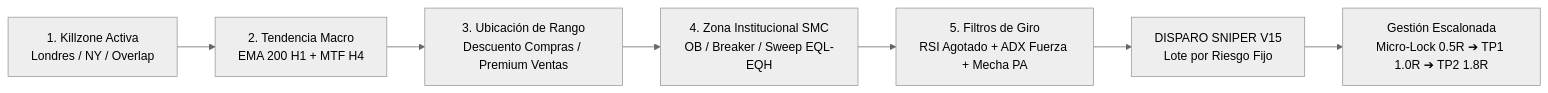
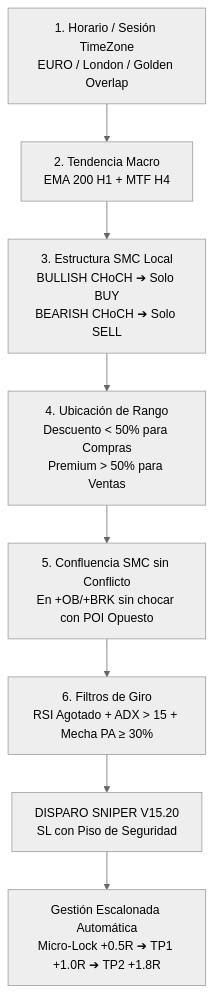
Before and after one commit to qhosting/aurumcapital-mt5: the diagram in MANUAL_AURUM_VISION_V15.md, drawn with Mermaid (neutral theme). The commit also changed other lines of this file and 3 other files, not shown here.

Commit message:
docs(v15.20): update tactical manual and chart reading guide with TimeZone & Anti-CHoCH

````diff
--- a/MANUAL_AURUM_VISION_V15.md
+++ b/MANUAL_AURUM_VISION_V15.md
@@ -17,9 +23,10 @@
 ```mermaid
-graph LR
-    A[1. Killzone Activa<br/>Londres / NY / Overlap] --> B[2. Tendencia Macro<br/>EMA 200 H1 + MTF H4]
-    B --> C[3. Ubicación de Rango<br/>Descuento Compras / Premium Ventas]
-    C --> D[4. Zona Institucional SMC<br/>OB / Breaker / Sweep EQL-EQH]
-    D --> E[5. Filtros de Giro<br/>RSI Agotado + ADX Fuerza + Mecha PA]
-    E --> F[DISPARO SNIPER V15<br/>Lote por Riesgo Fijo]
-    F --> G[Gestión Escalonada<br/>Micro-Lock 0.5R ➔ TP1 1.0R ➔ TP2 1.8R]
+graph TD
+    A[1. Horario / Sesión TimeZone<br/>EURO / London / Golden Overlap] --> B[2. Tendencia Macro<br/>EMA 200 H1 + MTF H4]
+    B --> C[3. Estructura SMC Local<br/>BULLISH CHoCH ➔ Solo BUY<br/>BEARISH CHoCH ➔ Solo SELL]
+    C --> D[4. Ubicación de Rango<br/>Descuento < 50% para Compras<br/>Premium > 50% para Ventas]
+    D --> E[5. Confluencia SMC sin Conflicto<br/>En +OB/+BRK sin chocar con POI Opuesto]
+    E --> F[6. Filtros de Giro<br/>RSI Agotado + ADX > 15 + Mecha PA ≥ 30%]
+    F --> G[DISPARO SNIPER V15.20<br/>SL con Piso de Seguridad]
+    G --> H[Gestión Escalonada Automática<br/>Micro-Lock +0.5R ➔ TP1 +1.0R ➔ TP2 +1.8R]
 ```
````
